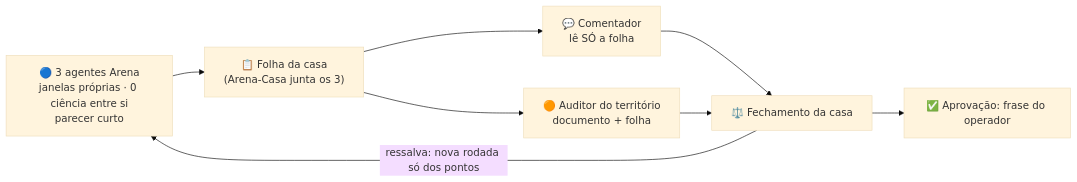
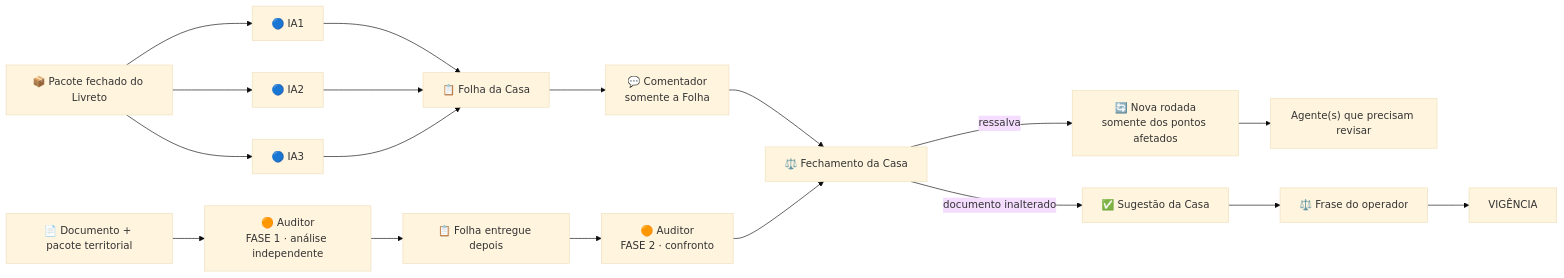
Before and after one commit to alexandresgda2013-crypto/plataforma-saude-clinica: the diagram in ENTREGAS/2026-09-30_CRIVO_LIVRETOS/FLUXO_CRIVO_DOCUMENTAL_2026-09-30.md, drawn with Mermaid (base theme). The commit also changed other lines of this file, not shown here.

````diff
--- a/ENTREGAS/2026-09-30_CRIVO_LIVRETOS/FLUXO_CRIVO_DOCUMENTAL_2026-09-30.md
+++ b/ENTREGAS/2026-09-30_CRIVO_LIVRETOS/FLUXO_CRIVO_DOCUMENTAL_2026-09-30.md
@@ -17,10 +41,26 @@
 ```mermaid
 flowchart LR
-    A["🔵 3 agentes Arena<br/>janelas próprias · 0 ciência entre si<br/>parecer curto"] --> B["📋 Folha da casa<br/>(Arena-Casa junta os 3)"]
-    B --> C["💬 Comentador<br/>lê SÓ a folha"]
-    B --> D["🟠 Auditor do território<br/>documento + folha"]
-    C --> E["⚖️ Fechamento da casa"]
+    A["📦 Pacote fechado do Livreto"] --> B["🔵 IA1"]
+    A --> C["🔵 IA2"]
+    A --> D["🔵 IA3"]
+
+    B --> E["📋 Folha da Casa"]
+    C --> E
     D --> E
-    E -->|"ressalva: nova rodada só dos pontos"| A
-    E --> F["✅ Aprovação: frase do operador"]
+
+    E --> F["💬 Comentador<br/>somente a Folha"]
+
+    G["📄 Documento + pacote territorial"] --> H["🟠 Auditor<br/>FASE 1 · análise independente"]
+    H --> I["📋 Folha entregue depois"]
+    I --> J["🟠 Auditor<br/>FASE 2 · confronto"]
+
+    F --> K["⚖️ Fechamento da Casa"]
+    J --> K
+
+    K -->|"ressalva"| L["🔄 Nova rodada<br/>somente dos pontos afetados"]
+    L --> M["Agente(s) que precisam revisar"]
+
+    K -->|"documento inalterado"| N["✅ Sugestão da Casa"]
+    N --> O["⚖️ Frase do operador"]
+    O --> P["VIGÊNCIA"]
 ```
````
